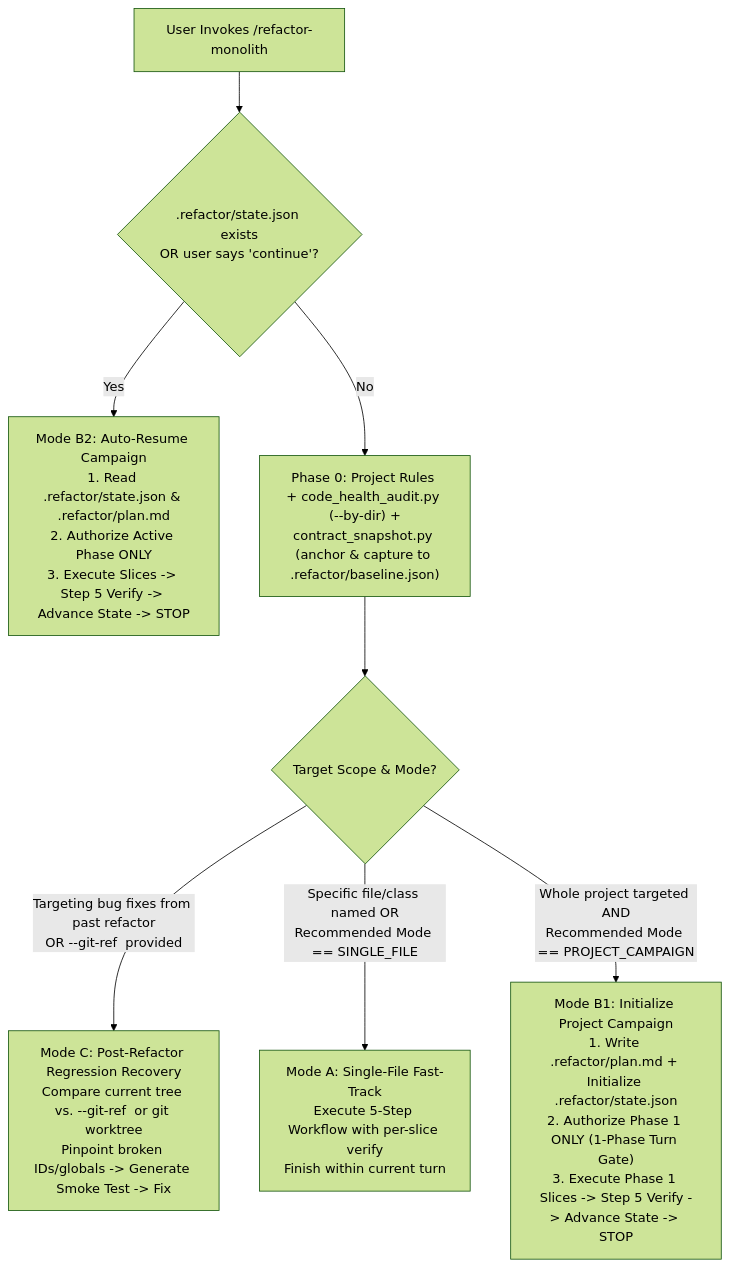
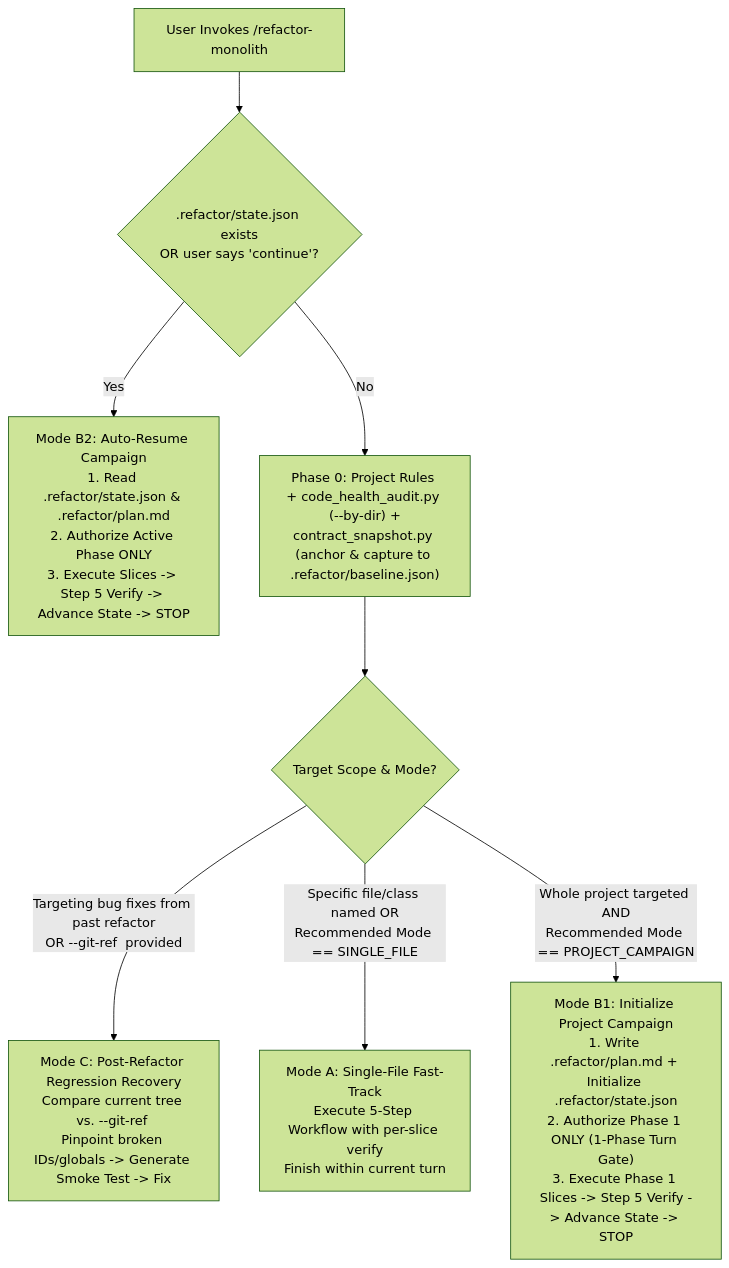
One commit to davtoh/antigravity-skills changed the diagram in refactor-monolith/SKILL.md. Above: the diagram before and after it, drawn with Mermaid (forest theme). The commit also changed other lines of this file and 7 other files, not shown here.

Commit message:
feat(refactor-monolith)0: implement refactor_monolith_architecture_elevation_plan.md

````diff
--- a/refactor-monolith/SKILL.md
+++ b/refactor-monolith/SKILL.md
@@ -112,15 +84,15 @@
 ```mermaid
 flowchart TD
     Start["User Invokes /refactor-monolith"] --> StateCheck{".refactor/state.json exists\nOR user says 'continue'?"}
     
     StateCheck -->|Yes| ResumeCampaign["Mode B2: Auto-Resume Campaign\n1. Read .refactor/state.json & .refactor/plan.md\n2. Authorize Active Phase ONLY\n3. Execute Slices -> Step 5 Verify -> Advance State -> STOP"]
     
     StateCheck -->|No| Rules["Phase 0: Project Rules + code_health_audit.py (--by-dir) +\ncontract_snapshot.py (anchor & capture to .refactor/baseline.json)"]
     Rules --> ScopeCheck{"Target Scope & Mode?"}
 
-    ScopeCheck -->|"Targeting bug fixes from past refactor\nOR --git-ref <sha> provided"| ModeC["Mode C: Post-Refactor Regression Recovery\nCompare current tree vs. --git-ref <sha> or git worktree\nPinpoint broken IDs/globals -> Generate Smoke Test -> Fix"]
+    ScopeCheck -->|"Targeting bug fixes from past refactor\nOR --git-ref <sha> provided"| ModeC["Mode C: Post-Refactor Regression Recovery\nCompare current tree vs. --git-ref <sha>\nPinpoint broken IDs/globals -> Generate Smoke Test -> Fix"]
 
     ScopeCheck -->|"Specific file/class named OR\nRecommended Mode == SINGLE_FILE"| ModeA["Mode A: Single-File Fast-Track\nExecute 5-Step Workflow with per-slice verify\nFinish within current turn"]
 
     ScopeCheck -->|"Whole project targeted AND\nRecommended Mode == PROJECT_CAMPAIGN"| InitCampaign["Mode B1: Initialize Project Campaign\n1. Write .refactor/plan.md + Initialize .refactor/state.json\n2. Authorize Phase 1 ONLY (1-Phase Turn Gate)\n3. Execute Phase 1 Slices -> Step 5 Verify -> Advance State -> STOP"]
 ```
````
